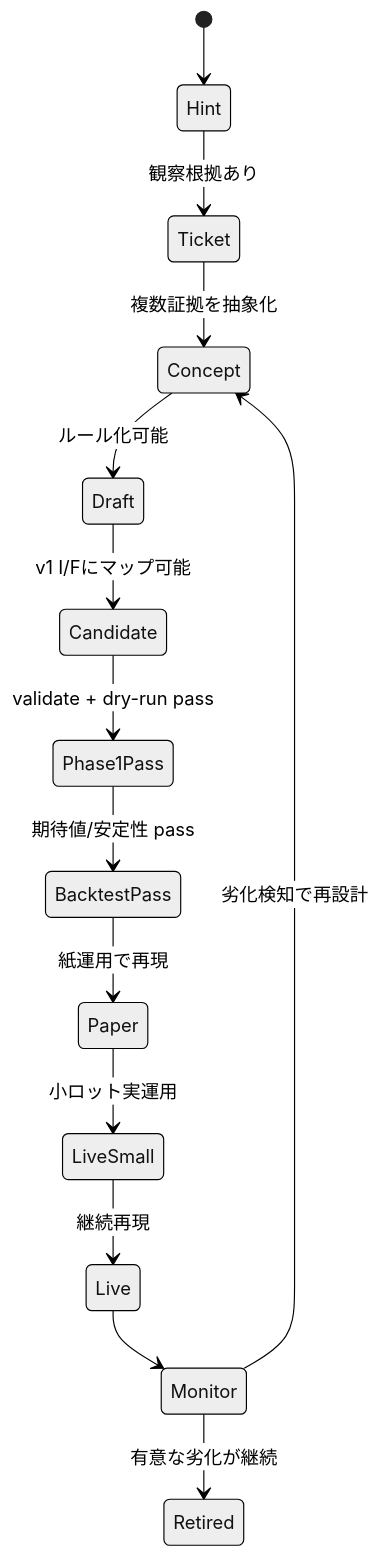
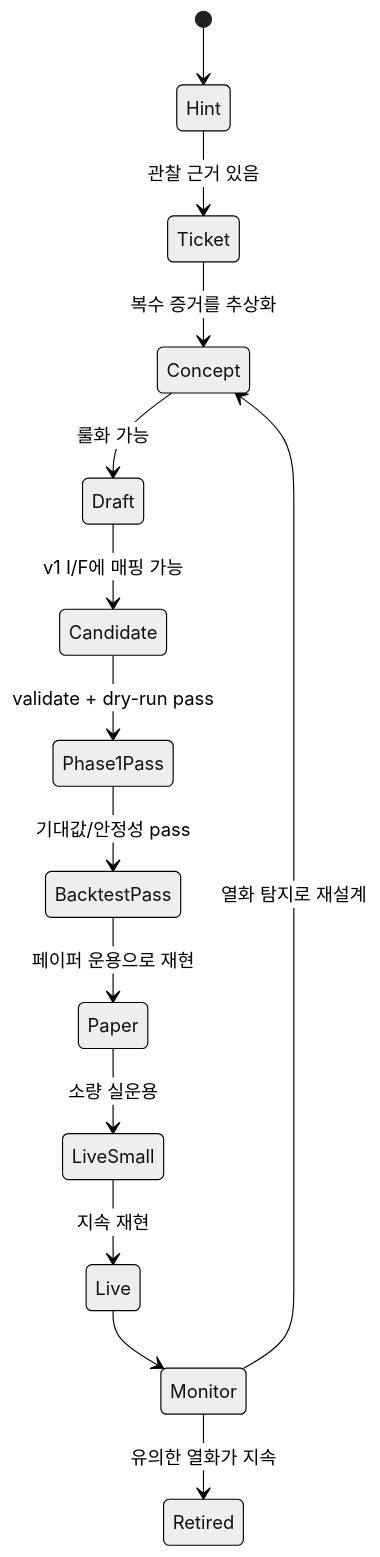
One commit to birdblues/claude-trading-skills changed the third of 4 diagrams in docs/edge-institutionalization-process.md. Above: the diagram before and after it, drawn with Mermaid (neutral theme). The commit also changed other lines of this file and 50 other files, not shown here.

````diff
--- a/docs/edge-institutionalization-process.md
+++ b/docs/edge-institutionalization-process.md
@@ -63,16 +63,16 @@
 ```mermaid
 stateDiagram-v2
     [*] --> Hint
-    Hint --> Ticket: 観察根拠あり
-    Ticket --> Concept: 複数証拠を抽象化
-    Concept --> Draft: ルール化可能
-    Draft --> Candidate: v1 I/Fにマップ可能
+    Hint --> Ticket: 관찰 근거 있음
+    Ticket --> Concept: 복수 증거를 추상화
+    Concept --> Draft: 룰화 가능
+    Draft --> Candidate: v1 I/F에 매핑 가능
     Candidate --> Phase1Pass: validate + dry-run pass
-    Phase1Pass --> BacktestPass: 期待値/安定性 pass
-    BacktestPass --> Paper: 紙運用で再現
-    Paper --> LiveSmall: 小ロット実運用
-    LiveSmall --> Live: 継続再現
+    Phase1Pass --> BacktestPass: 기대값/안정성 pass
+    BacktestPass --> Paper: 페이퍼 운용으로 재현
+    Paper --> LiveSmall: 소량 실운용
+    LiveSmall --> Live: 지속 재현
     Live --> Monitor
-    Monitor --> Concept: 劣化検知で再設計
-    Monitor --> Retired: 有意な劣化が継続
+    Monitor --> Concept: 열화 탐지로 재설계
+    Monitor --> Retired: 유의한 열화가 지속
 ```
````
